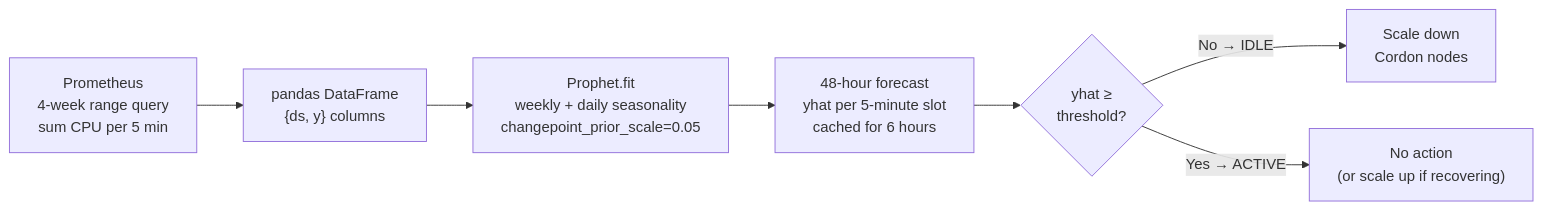
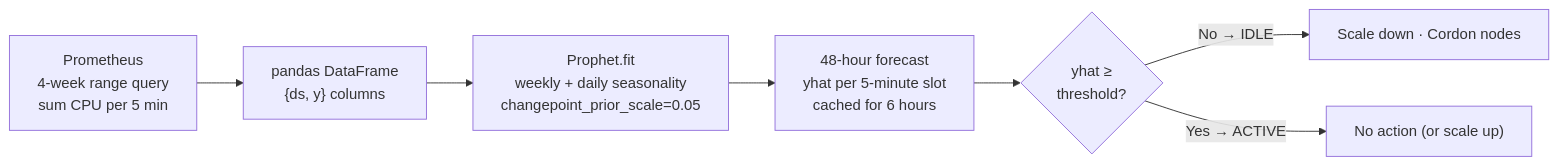
Before and after one commit to sriaratragada/Dynamic-Predictive-FinOps-Cluster-Down-Scaler: the third of 5 diagrams in SETUP.md, drawn with Mermaid. The commit also changed other lines of this file and 2 other files, not shown here.

````diff
--- a/SETUP.md
+++ b/SETUP.md
@@ -140,9 +157,9 @@
 ```mermaid
 flowchart LR
   P["Prometheus\n4-week range query\nsum CPU per 5 min"] --> DF["pandas DataFrame\n{ds, y} columns"]
   DF --> FIT["Prophet.fit\nweekly + daily seasonality\nchangepoint_prior_scale=0.05"]
   FIT --> FORECAST["48-hour forecast\nyhat per 5-minute slot\ncached for 6 hours"]
   FORECAST --> GATE{"yhat ≥\nthreshold?"}
-  GATE -- "No → IDLE" --> DOWN["Scale down\nCordon nodes"]
-  GATE -- "Yes → ACTIVE" --> UP["No action\n(or scale up if recovering)"]
+  GATE -- "No → IDLE" --> DOWN["Scale down · Cordon nodes"]
+  GATE -- "Yes → ACTIVE" --> UP["No action (or scale up)"]
 ```
````
